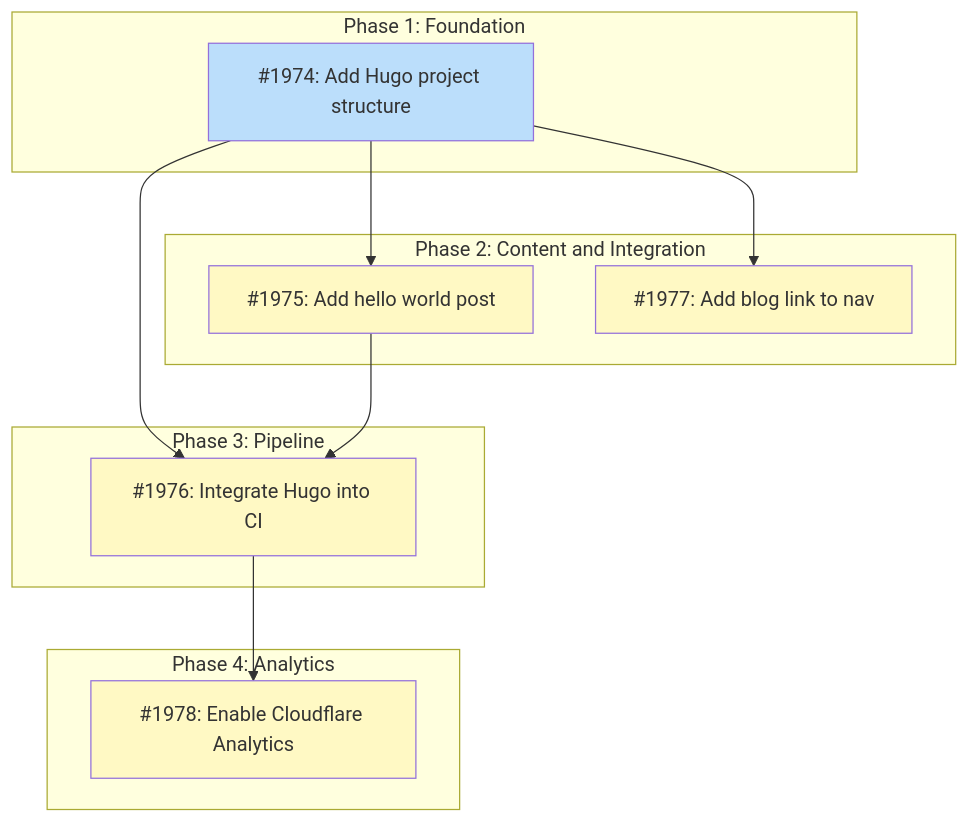
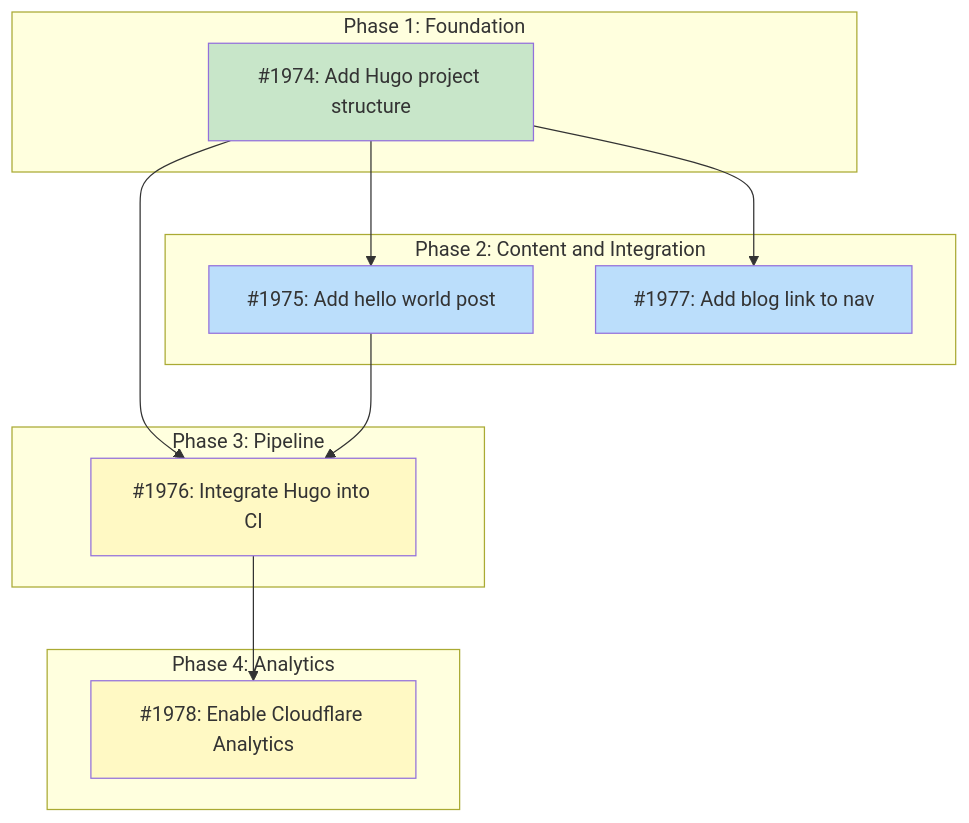
The diagram in docs/designs/DESIGN-blog-infrastructure.md (tsukumogami/tsuku), drawn with Mermaid before and after one commit. The commit also changed other lines of this file, not shown here.

Commit message:
docs(blog): mark #1974 as done in design doc
Update the dependency graph to show #1974 as done (green) and unblock
#1975 and #1977 which only depended on it. Strike through the #1974
row in the issues table.

````diff
--- a/docs/designs/DESIGN-blog-infrastructure.md
+++ b/docs/designs/DESIGN-blog-infrastructure.md
@@ -55,34 +55,35 @@
 ```mermaid
 graph TD
     subgraph Phase1["Phase 1: Foundation"]
         I1974["#1974: Add Hugo project structure"]
     end
 
     subgraph Phase2["Phase 2: Content and Integration"]
         I1975["#1975: Add hello world post"]
         I1977["#1977: Add blog link to nav"]
     end
 
     subgraph Phase3["Phase 3: Pipeline"]
         I1976["#1976: Integrate Hugo into CI"]
     end
 
     subgraph Phase4["Phase 4: Analytics"]
         I1978["#1978: Enable Cloudflare Analytics"]
     end
 
     I1974 --> I1975
     I1974 --> I1976
     I1974 --> I1977
     I1975 --> I1976
     I1976 --> I1978
 
     classDef done fill:#c8e6c9
     classDef ready fill:#bbdefb
     classDef blocked fill:#fff9c4
     classDef needsDesign fill:#e1bee7
     classDef tracksDesign fill:#FFE0B2,stroke:#F57C00,color:#000
 
-    class I1974 ready
-    class I1975,I1976,I1977,I1978 blocked
+    class I1974 done
+    class I1975,I1977 ready
+    class I1976,I1978 blocked
 ```
````
